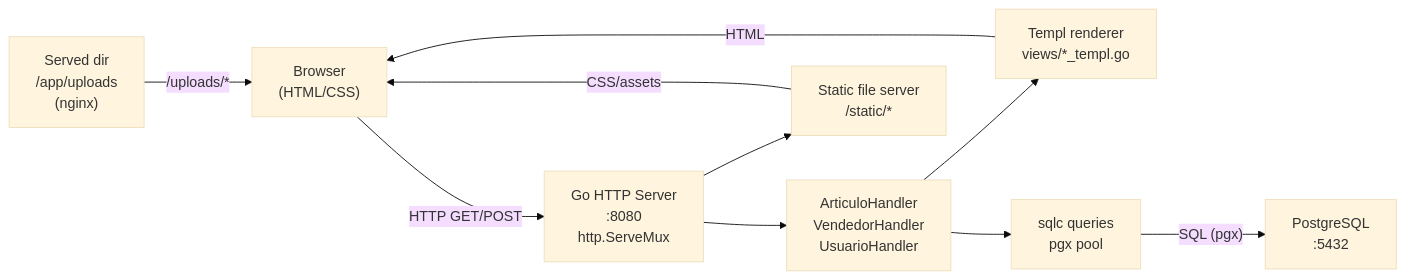
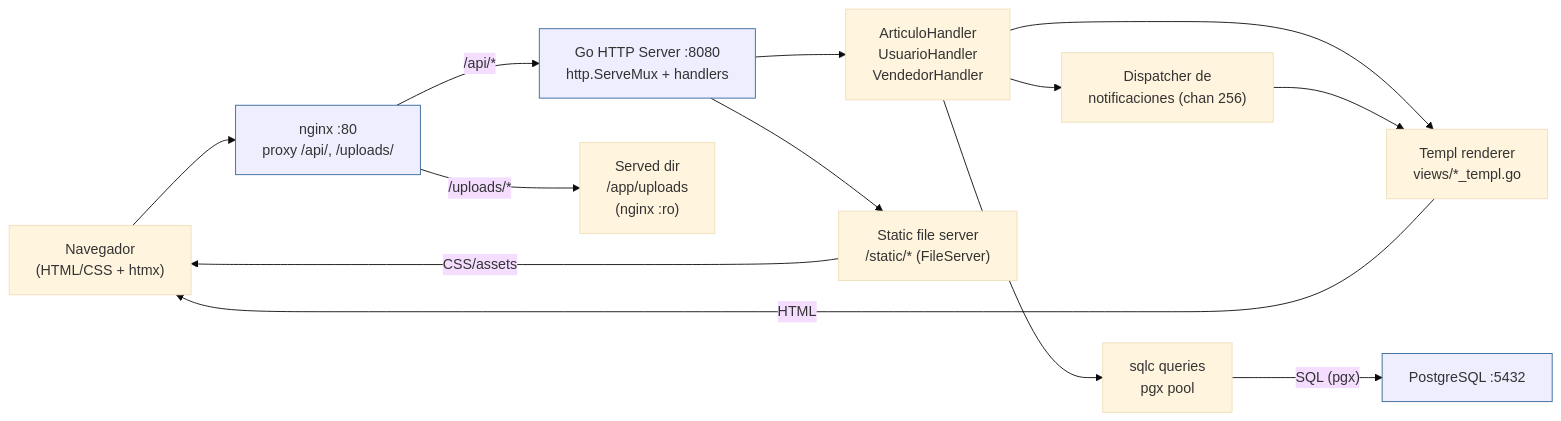
The second of 6 diagrams in docs/arquitectura.md (az-juan/tan-bit), drawn with Mermaid (base theme) before and after one commit. The commit also changed other lines of this file and 9 other files, not shown here.

````diff
--- a/docs/arquitectura.md
+++ b/docs/arquitectura.md
@@ -218,21 +542,29 @@
 ```mermaid
 flowchart LR
-  browser["Browser\n(HTML/CSS)"]
-  http["Go HTTP Server\n:8080\nhttp.ServeMux"]
-  handler["ArticuloHandler\nVendedorHandler\nUsuarioHandler"]
-  renderer["Templ renderer\nviews/*_templ.go"]
-  sqlc["sqlc queries\npgx pool"]
-  pg["PostgreSQL\n:5432"]
-  fs["Static file server\n/static/*"]
-  uploads["Served dir\n/app/uploads\n(nginx)"]
+    browser["Navegador</br>(HTML/CSS + htmx)"]
+    nginx["nginx :80</br>proxy /api/, /uploads/"]
+    api["Go HTTP Server :8080</br>http.ServeMux + handlers"]
+    handler["ArticuloHandler</br>UsuarioHandler</br>VendedorHandler"]
+    renderer["Templ renderer</br>views/*_templ.go"]
+    notif["Dispatcher de</br>notificaciones (chan 256)"]
+    sqlc["sqlc queries</br>pgx pool"]
+    pg["PostgreSQL :5432"]
+    fs["Static file server</br>/static/* (FileServer)"]
+    up["Served dir</br>/app/uploads</br>(nginx :ro)"]
 
-  browser -- "HTTP GET/POST" --> http
-  http --> handler
-  http --> fs
-  handler --> renderer
-  handler --> sqlc
-  sqlc -- "SQL (pgx)" --> pg
-  renderer -- "HTML" --> browser
-  fs -- "CSS/assets" --> browser
-  uploads -- /uploads/* --> browser
+    browser --> nginx
+    nginx -- "/api/*" --> api
+    nginx -- "/uploads/*" --> up
+    api --> handler
+    api --> fs
+    handler --> renderer
+    handler --> notif
+    handler --> sqlc
+    sqlc -- SQL (pgx) --> pg
+    renderer -- HTML --> browser
+    fs -- CSS/assets --> browser
+    notif --> renderer
+    style nginx fill:#eef,stroke:#369
+    style api fill:#eef,stroke:#369
+    style pg fill:#eef,stroke:#369
 ```
````
